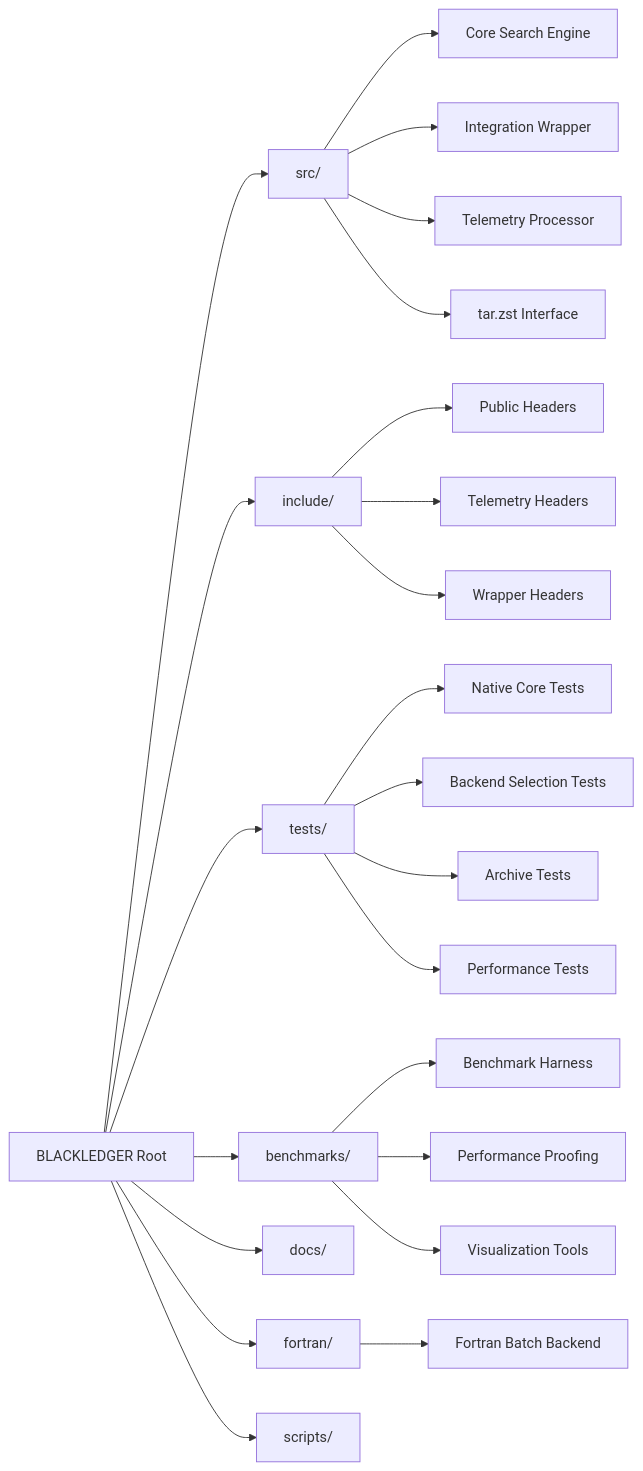
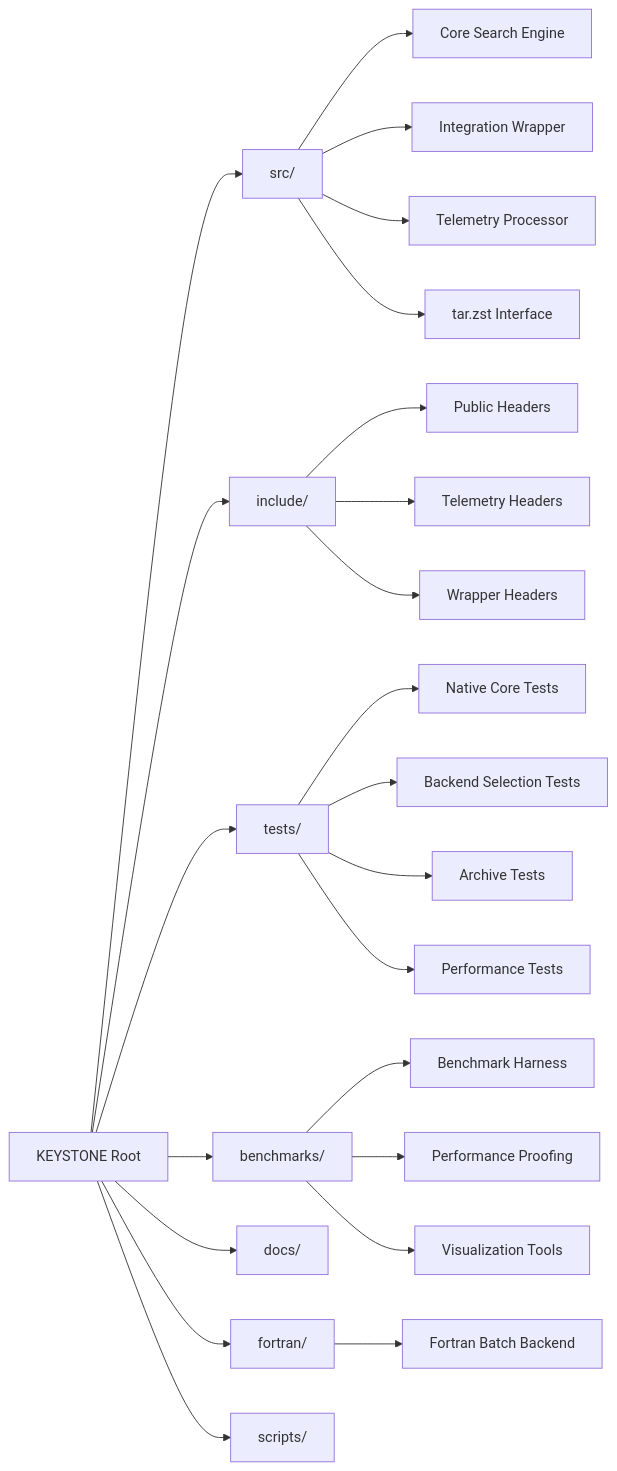
The fourth of 4 diagrams in README.md (SWORDIntel/KEYSTONE), drawn with Mermaid before and after one commit. The commit also changed other lines of this file, not shown here.

````diff
--- a/README.md
+++ b/README.md
@@ -234,30 +234,30 @@
 ```mermaid
 flowchart LR
-    Root["BLACKLEDGER Root"] --> SRC["src/"]
+    Root["KEYSTONE Root"] --> SRC["src/"]
     Root --> INC["include/"]
     Root --> TEST["tests/"]
     Root --> BENCH["benchmarks/"]
     Root --> DOCS["docs/"]
     Root --> FORT["fortran/"]
     Root --> SCRIPTS["scripts/"]
 
     SRC --> Core["Core Search Engine"]
     SRC --> Wrapper["Integration Wrapper"]
     SRC --> Telemetry["Telemetry Processor"]
     SRC --> Archive["tar.zst Interface"]
 
     INC --> PublicAPI["Public Headers"]
     INC --> TelemetryAPI["Telemetry Headers"]
     INC --> WrapperAPI["Wrapper Headers"]
 
     TEST --> NativeTest["Native Core Tests"]
     TEST --> BackendTest["Backend Selection Tests"]
     TEST --> ArchiveTest["Archive Tests"]
     TEST --> PerfTest["Performance Tests"]
 
     BENCH --> Harness["Benchmark Harness"]
     BENCH --> Proof["Performance Proofing"]
     BENCH --> Charts["Visualization Tools"]
 
     FORT --> FBackend["Fortran Batch Backend"]
 ```
````
